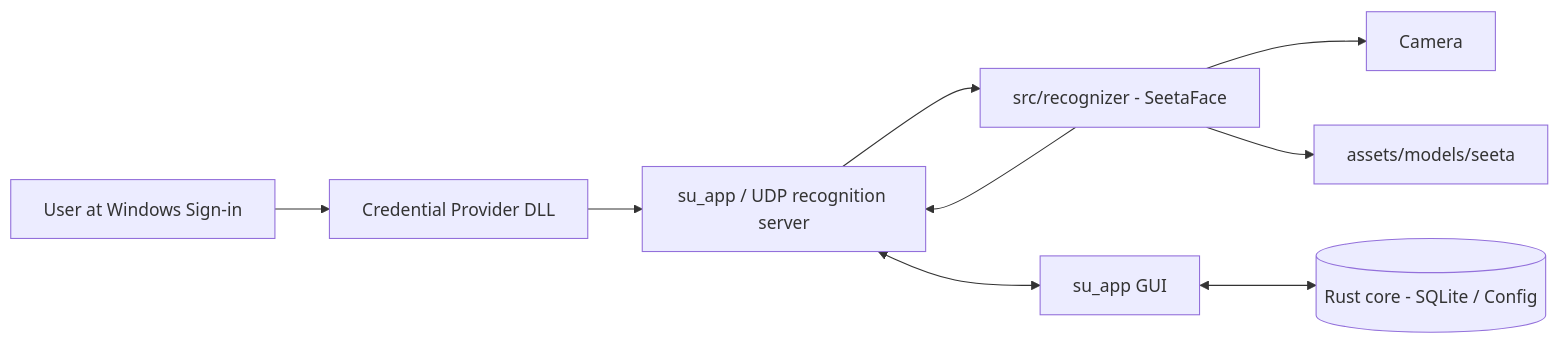
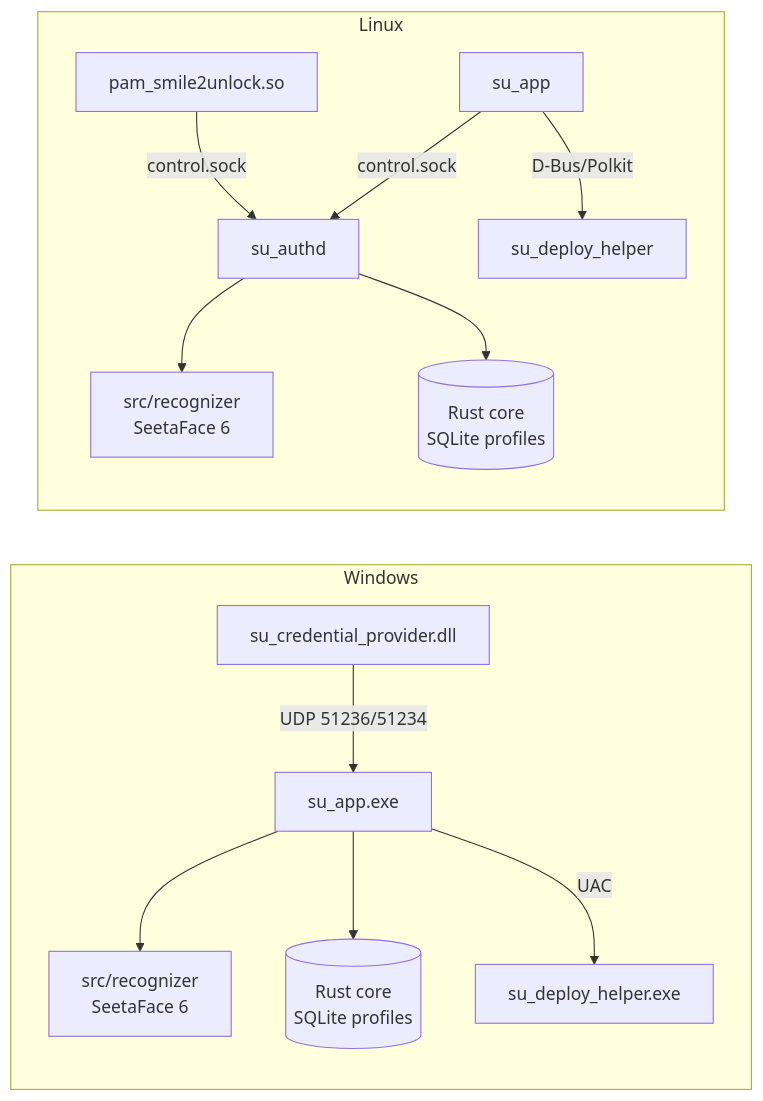
The diagram in README.md (Smile2Unlock/Smile2Unlock_v2), drawn with Mermaid before and after one commit. The commit also changed other lines of this file and 3 other files, not shown here.

First line of the commit message:
refactor(deploy): flat layout with assets/ beside executables; redesign README

````diff
--- a/README.md
+++ b/README.md
@@ -85,11 +93,16 @@
 ```mermaid
 flowchart LR
-    U[User at Windows Sign-in] --> CP[Credential Provider DLL]
-    CP --> S[su_app / UDP recognition server]
-    S --> R[src/recognizer - SeetaFace]
-    S <--> GUI[su_app GUI]
-    GUI <--> CORE[(Rust core - SQLite / Config)]
-    R --> CAM[Camera]
-    R --> MODEL[assets/models/seeta]
-    R --> S
+    subgraph Windows
+        CP[su_credential_provider.dll] -- UDP 51236/51234 --> APP[su_app.exe]
+        APP --> REC[src/recognizer<br/>SeetaFace 6]
+        APP --> CORE[(Rust core<br/>SQLite profiles)]
+        APP -- UAC --> HELPER[su_deploy_helper.exe]
+    end
+    subgraph Linux
+        PAM[pam_smile2unlock.so] -- control.sock --> AUTHD[su_authd]
+        AUTHD --> REC2[src/recognizer<br/>SeetaFace 6]
+        AUTHD --> CORE2[(Rust core<br/>SQLite profiles)]
+        GUI[su_app] -- control.sock --> AUTHD
+        GUI -- D-Bus/Polkit --> HELPER2[su_deploy_helper]
+    end
 ```
````
